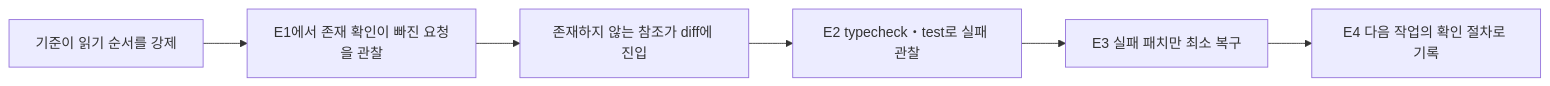
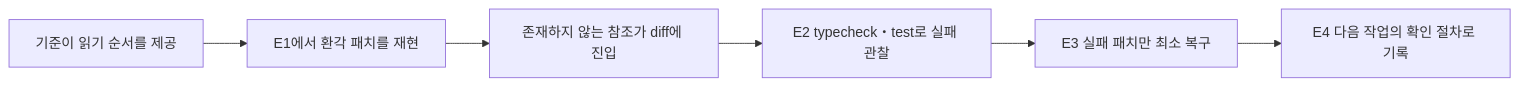
One commit to RainaKim/order-ops changed the diagram in labs/lecture13/README.md. Above: the diagram before and after it, drawn with Mermaid. The commit also changed other lines of this file, not shown here.

````diff
--- a/labs/lecture13/README.md
+++ b/labs/lecture13/README.md
@@ -37,6 +37,6 @@
 ```mermaid
 flowchart LR
-  A["기준이 읽기 순서를 강제"] --> B["E1에서 존재 확인이 빠진 요청을 관찰"]
+  A["기준이 읽기 순서를 제공"] --> B["E1에서 환각 패치를 재현"]
   B --> C["존재하지 않는 참조가 diff에 진입"] --> D["E2 typecheck・test로 실패 관찰"]
   D --> E["E3 실패 패치만 최소 복구"] --> F["E4 다음 작업의 확인 절차로 기록"]
 ```
````
